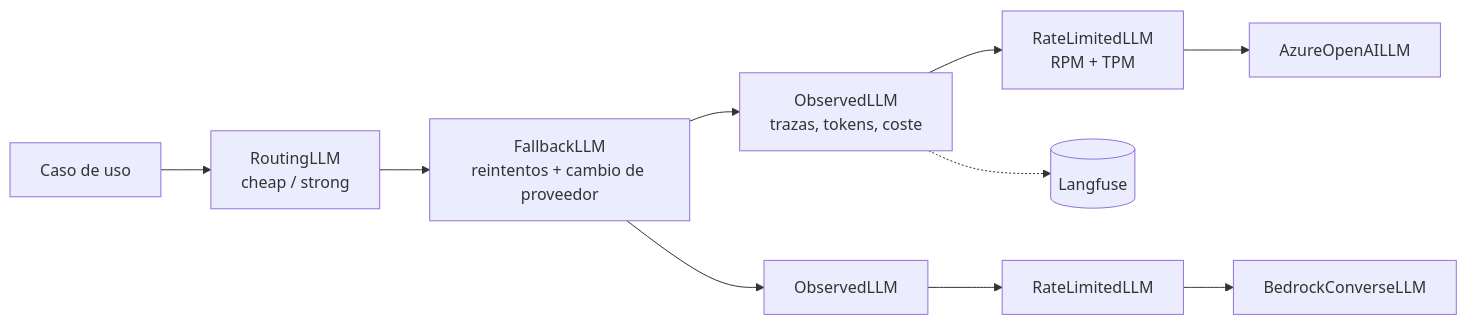
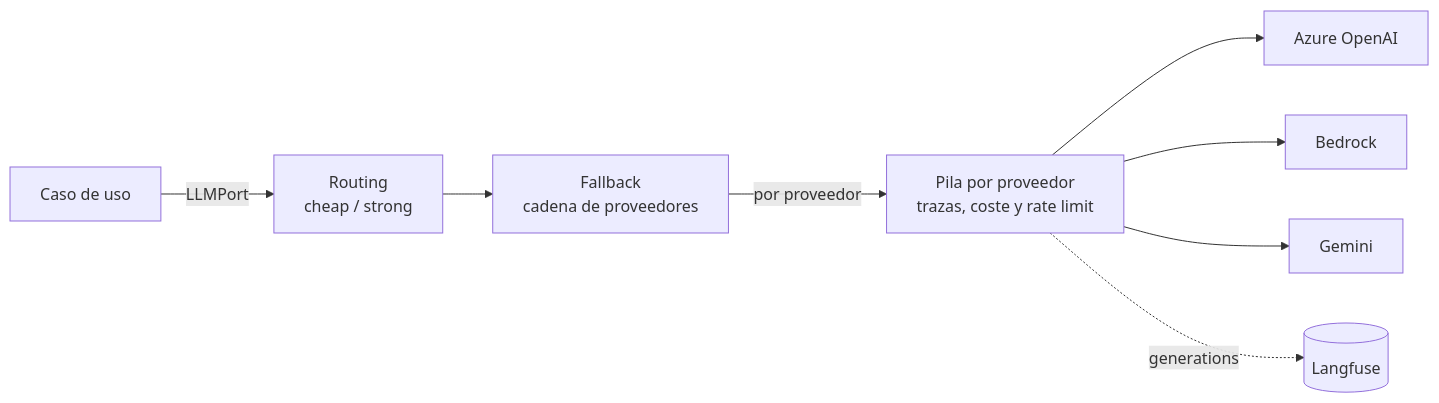
One commit to SergioVelmay/GenAI_PoCs changed the first of 2 diagrams in docs/fase-2-modelos.md. Above: the diagram before and after it, drawn with Mermaid. The commit also changed other lines of this file and 23 other files, not shown here.

````diff
--- a/docs/fase-2-modelos.md
+++ b/docs/fase-2-modelos.md
@@ -13,12 +13,10 @@
 ```mermaid
 flowchart LR
-  UC[Caso de uso] --> R["RoutingLLM<br/>cheap / strong"]
-  R --> F["FallbackLLM<br/>reintentos + cambio de proveedor"]
-  F --> O1["ObservedLLM<br/>trazas, tokens, coste"]
-  F --> O2["ObservedLLM"]
-  O1 --> RL1["RateLimitedLLM<br/>RPM + TPM"]
-  O2 --> RL2["RateLimitedLLM"]
-  RL1 --> AZ["AzureOpenAILLM"]
-  RL2 --> BR["BedrockConverseLLM"]
-  O1 -.-> LF[(Langfuse)]
+  UC["Caso de uso"] -->|"LLMPort"| R["Routing<br/>cheap / strong"]
+  R --> F["Fallback<br/>cadena de proveedores"]
+  F -->|"por proveedor"| P["Pila por proveedor<br/>trazas, coste y rate limit"]
+  P --> AZ["Azure OpenAI"]
+  P --> BR["Bedrock"]
+  P --> GE["Gemini"]
+  P -.->|"generations"| LF[("Langfuse")]
 ```
````
